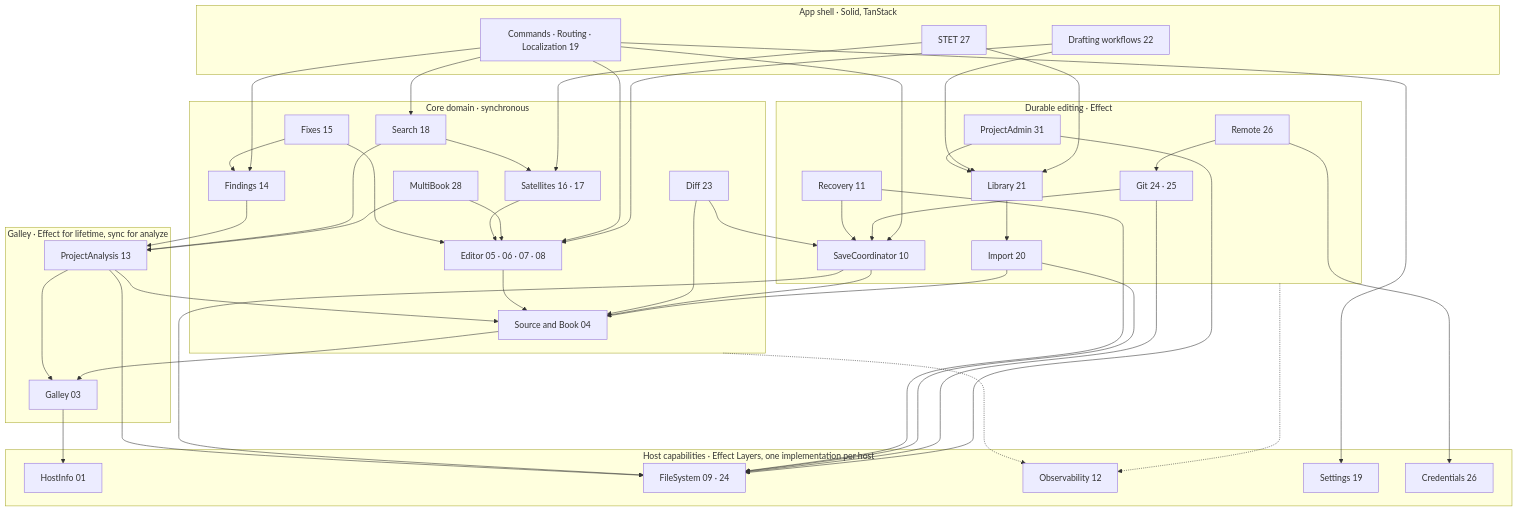
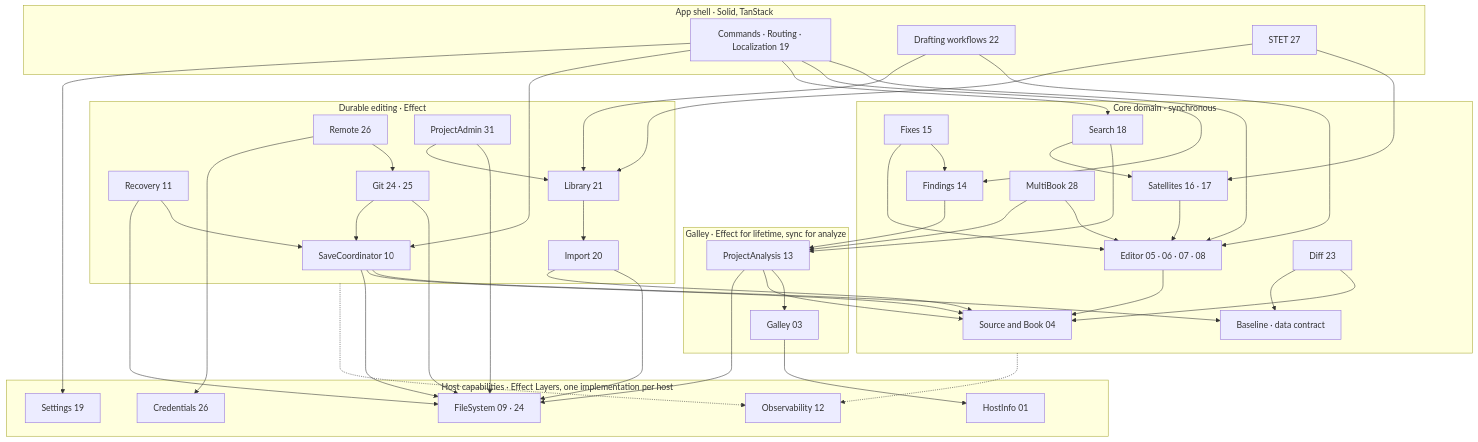
Before and after one commit to Bible-Translation-Tools/Sefer: the diagram in planning/00-ideas/v2-module-dag.md, drawn with Mermaid. The commit also changed other lines of this file and 18 other files, not shown here.

First line of the commit message:
Hardening from review: managed runtime, sink isolation, Source admission, Node forbidden in core, scoped FS contract

```diff
--- a/planning/00-ideas/v2-module-dag.md
+++ b/planning/00-ideas/v2-module-dag.md
@@ -30,6 +30,7 @@
     Search[Search 18]
     MultiBook[MultiBook 28]
     Diff[Diff 23]
+    Baseline[Baseline · data contract]
   end
 
   subgraph durable [Durable editing · Effect]
@@ -52,7 +53,6 @@
   ProjectAnalysis --> Galley
   ProjectAnalysis --> Source
   ProjectAnalysis --> FileSystem
-  Source --> Galley
   Editor --> Source
   Findings --> ProjectAnalysis
   Fixes --> Findings
@@ -63,7 +63,8 @@
   MultiBook --> Editor
   MultiBook --> ProjectAnalysis
   Diff --> Source
-  Diff --> Save
+  Diff --> Baseline
+  Save --> Baseline
   Save --> Source
   Save --> FileSystem
   Recovery --> Save
```
